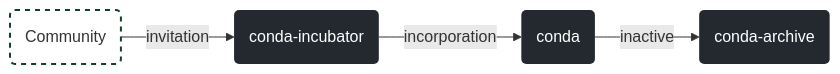
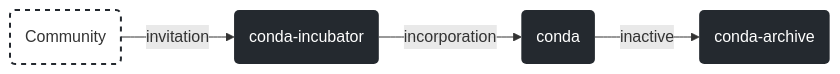
The diagram in profile/README.md (conda/.github), drawn with Mermaid before and after one commit.

````diff
--- a/profile/README.md
+++ b/profile/README.md
@@ -26,21 +26,21 @@
 ```mermaid
 flowchart LR
     %% nodes
     community(Community):::community
     incubator(conda-incubator):::github
     conda(conda):::github
     archive(conda-archive):::github
 
     %% graph
     community-- invitation -->incubator
     incubator-- incorporation -->conda
     %% incubator-- inactive -->archive
     %% incubator-- unassociated -->community
     conda-- inactive -->archive
     %% conda-- dissolved -->incubator
     %% archive-- revived -->incubator
 
     %% style
-    classDef community fill:#ffffff,stroke:#114226,stroke-width:2,stroke-dasharray: 5 5
+    classDef community fill:#fff,stroke:#24292f,stroke-width:2,stroke-dasharray: 5 5
     classDef github fill:#24292f,stroke:none,color:#fff
 ```
````
